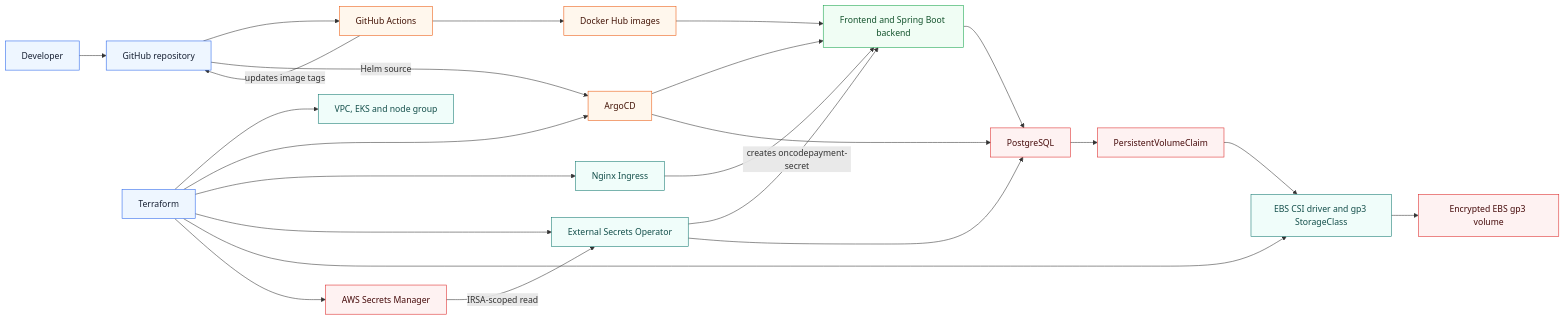
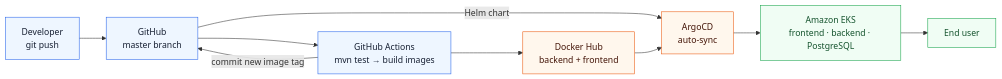
Before and after one commit to DNinjaDev07/oncodepayment: the diagram in README.md, drawn with Mermaid. The commit also changed other lines of this file and 15 other files, not shown here.

````diff
--- a/README.md
+++ b/README.md
@@ -7,42 +32,18 @@
 ```mermaid
 flowchart LR
-    classDef source fill:#eef6ff,stroke:#2563eb,color:#172033
-    classDef delivery fill:#fff7ed,stroke:#ea580c,color:#431407
-    classDef platform fill:#f0fdfa,stroke:#0f766e,color:#134e4a
-    classDef workload fill:#f0fdf4,stroke:#16a34a,color:#14532d
-    classDef data fill:#fef2f2,stroke:#dc2626,color:#450a0a
+    Dev["Developer<br/>git push"] --> GH["GitHub<br/>master branch"]
+    GH --> CI["GitHub Actions<br/>mvn test → build images"]
+    CI --> Hub["Docker Hub<br/>backend + frontend"]
+    CI -->|"commit new image tag"| GH
+    GH -->|"Helm chart"| Argo["ArgoCD<br/>auto-sync"]
+    Hub --> Argo
+    Argo --> EKS["Amazon EKS<br/>frontend · backend · PostgreSQL"]
+    EKS --> User["End user"]
 
-    Dev["Developer"] --> Git["GitHub repository"]
-    Git --> CI["GitHub Actions"]
-    CI --> Images["Docker Hub images"]
-    CI -->|"updates image tags"| Git
-
-    TF["Terraform"] --> AWS["VPC, EKS and node group"]
-    TF --> Argo["ArgoCD"]
-    TF --> Ingress["Nginx Ingress"]
-    TF --> ESO["External Secrets Operator"]
-    TF --> Storage["EBS CSI driver and gp3 StorageClass"]
-    TF --> Secret["AWS Secrets Manager"]
-
-    Git -->|"Helm source"| Argo
-    Argo --> App["Frontend and Spring Boot backend"]
-    Argo --> DB["PostgreSQL"]
-    Images --> App
-
-    Secret -->|"IRSA-scoped read"| ESO
-    ESO -->|"creates oncodepayment-secret"| App
-    ESO --> DB
-
-    DB --> PVC["PersistentVolumeClaim"]
-    PVC --> Storage
-    Storage --> EBS["Encrypted EBS gp3 volume"]
-
-    Ingress --> App
-    App --> DB
-
-    class Dev,Git,TF source
-    class CI,Images,Argo delivery
-    class AWS,Ingress,ESO,Storage platform
-    class App workload
-    class Secret,DB,PVC,EBS data
+    classDef build fill:#eef6ff,stroke:#2563eb,color:#172033
+    classDef deliver fill:#fff7ed,stroke:#ea580c,color:#431407
+    classDef run fill:#f0fdf4,stroke:#16a34a,color:#14532d
+    class Dev,GH,CI build
+    class Hub,Argo deliver
+    class EKS,User run
 ```
````
